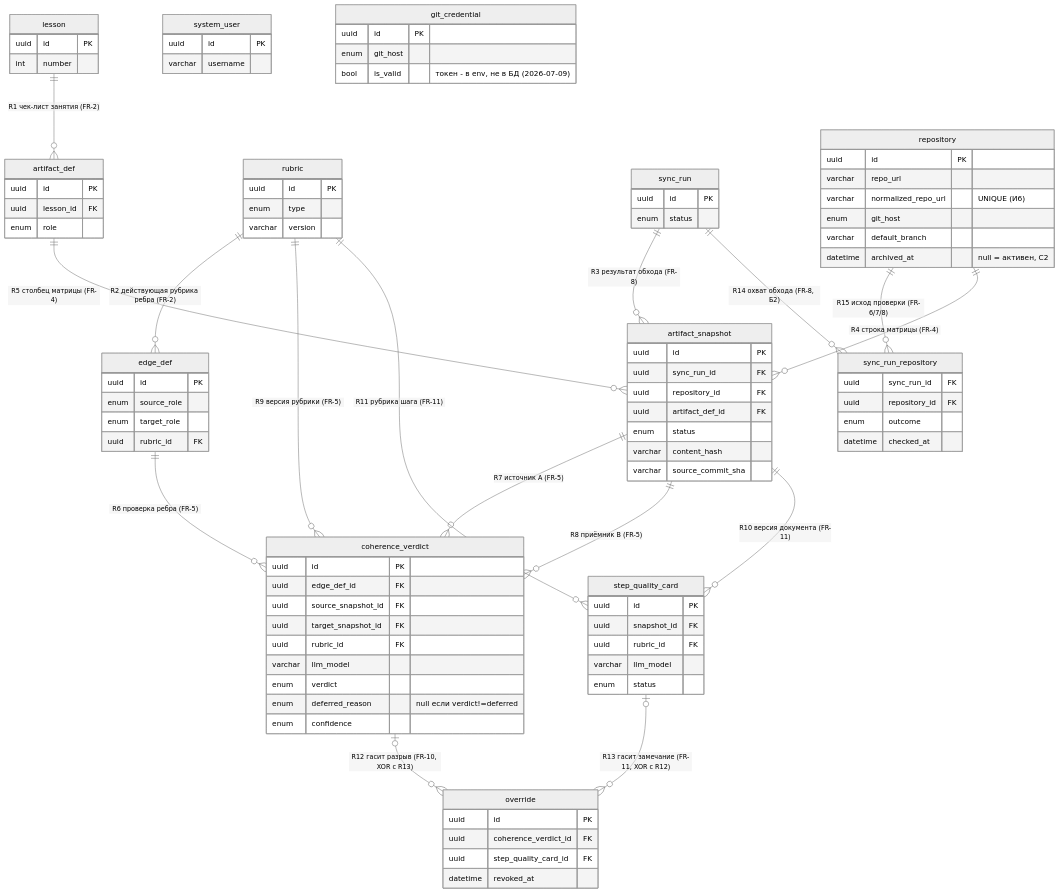
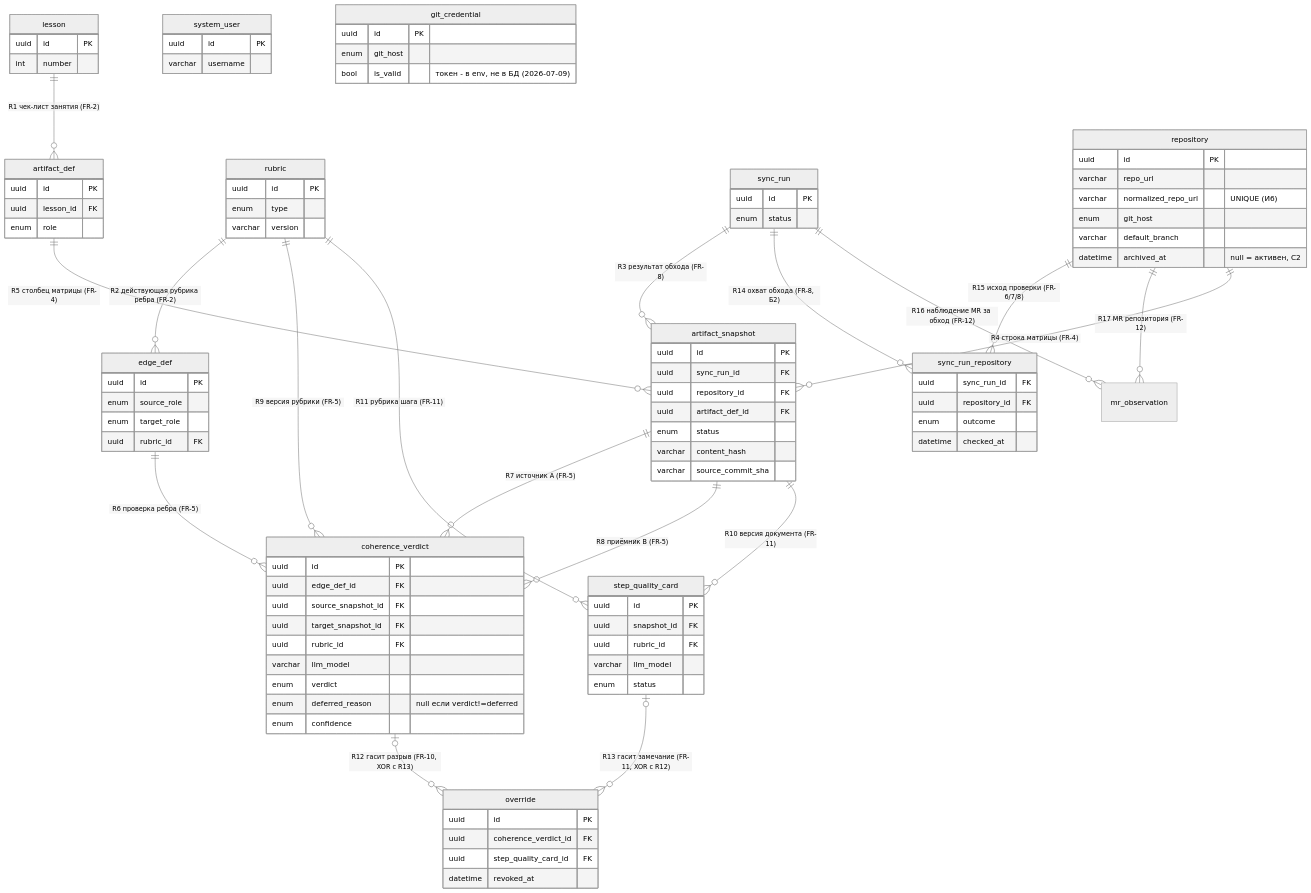
Before and after one commit to genarovv/course-dashboard: the diagram in data-model.md, drawn with Mermaid (neutral theme). The commit also changed other lines of this file and 7 other files, not shown here.

Commit message:
FR-12: fix по ревью — «не наблюдается»+ссылка+CSS+тест рендера, D40 после D35, И12 в §4, DM (Lesson/ER/§3.1/§4.1-4.2), §5.1 помечен планом, §5.3 строка, MAP/CHANGELOG/INDEX

```diff
--- a/data-model.md
+++ b/data-model.md
@@ -225,6 +226,8 @@
     sync_run ||--o{ artifact_snapshot : "R3 результат обхода (FR-8)"
     sync_run ||--o{ sync_run_repository : "R14 охват обхода (FR-8, Б2)"
     repository ||--o{ sync_run_repository : "R15 исход проверки (FR-6/7/8)"
+    sync_run ||--o{ mr_observation : "R16 наблюдение MR за обход (FR-12)"
+    repository ||--o{ mr_observation : "R17 MR репозитория (FR-12)"
     repository ||--o{ artifact_snapshot : "R4 строка матрицы (FR-4)"
     artifact_def ||--o{ artifact_snapshot : "R5 столбец матрицы (FR-4)"
     edge_def ||--o{ coherence_verdict : "R6 проверка ребра (FR-5)"
```
